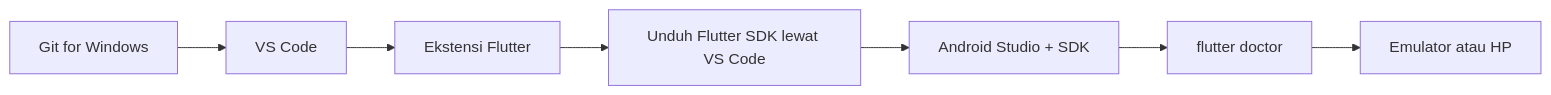
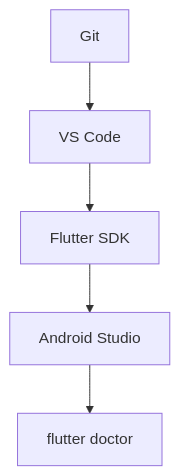
Before and after one commit to antonprafanto/mobile2026: the fourth of 4 diagrams in modul-00-persiapan/README.md, drawn with Mermaid. The commit also changed other lines of this file and 3 other files, not shown here.

Commit message:
Crop Modul 00 analogies so GitHub no longer shows tall white diagrams.

````diff
--- a/modul-00-persiapan/README.md
+++ b/modul-00-persiapan/README.md
@@ -124,9 +138,7 @@
 ```mermaid
-flowchart LR
-  A[Git for Windows] --> B[VS Code]
-  B --> C[Ekstensi Flutter]
-  C --> D[Unduh Flutter SDK lewat VS Code]
-  D --> E[Android Studio + SDK]
-  E --> F["flutter doctor"]
-  F --> G[Emulator atau HP]
+flowchart TB
+  Git --> VSCode["VS Code"]
+  VSCode --> SDK["Flutter SDK"]
+  SDK --> Android["Android Studio"]
+  Android --> Doctor["flutter doctor"]
 ```
````
